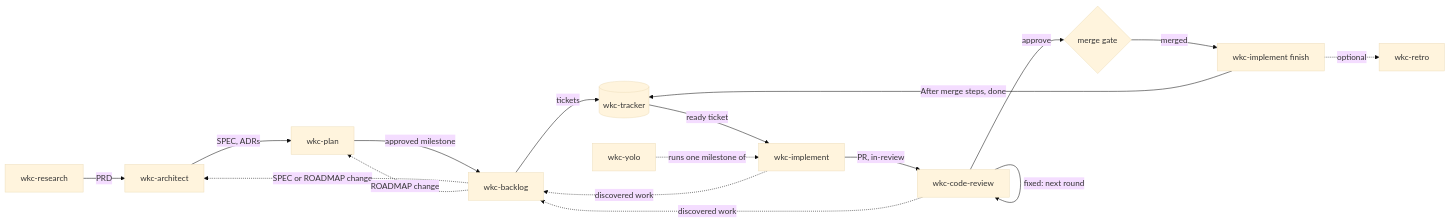
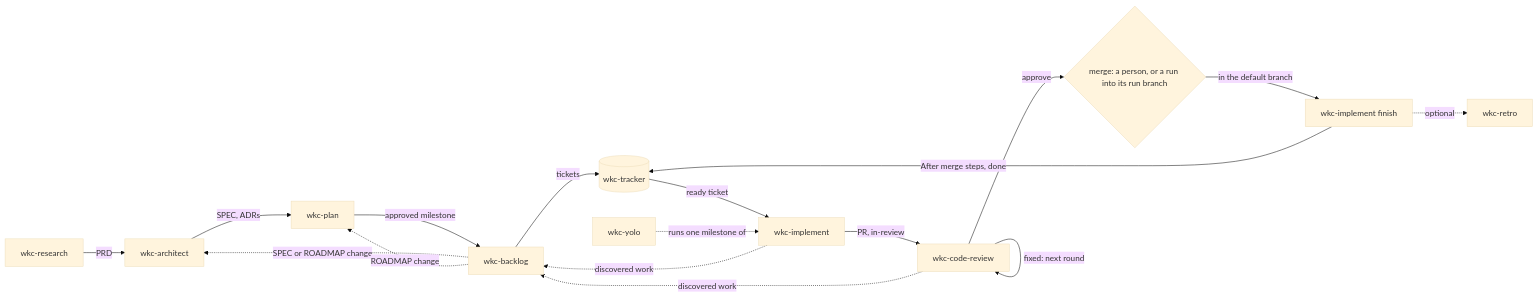
Before and after one commit to wilsonkichoi/skills: the diagram in docs/dev-agents/SPEC.md, drawn with Mermaid (base theme). The commit also changed other lines of this file and 23 other files, not shown here.

First line of the commit message:
unattended calls: --run, run branch, and run config store (#78)

````diff
--- a/docs/dev-agents/SPEC.md
+++ b/docs/dev-agents/SPEC.md
@@ -23,19 +24,19 @@
 ```mermaid
 graph LR
   R[wkc-research] -->|PRD| A[wkc-architect]
   A -->|SPEC, ADRs| P[wkc-plan]
   P -->|approved milestone| B[wkc-backlog]
   B -->|tickets| T[(wkc-tracker)]
   T -->|ready ticket| I[wkc-implement]
   I -->|PR, in-review| C[wkc-code-review]
   C -->|fixed: next round| C
-  C -->|approve| M{merge gate}
-  M -->|merged| I2[wkc-implement finish]
+  C -->|approve| M{merge: a person, or a run into its run branch}
+  M -->|in the default branch| I2[wkc-implement finish]
   I2 -->|After merge steps, done| T
   I -.->|discovered work| B
   C -.->|discovered work| B
   I2 -.->|optional| X[wkc-retro]
   Y[wkc-yolo] -.->|runs one milestone of| I
   B -.->|SPEC or ROADMAP change| A
   B -.->|ROADMAP change| P
 ```
````
